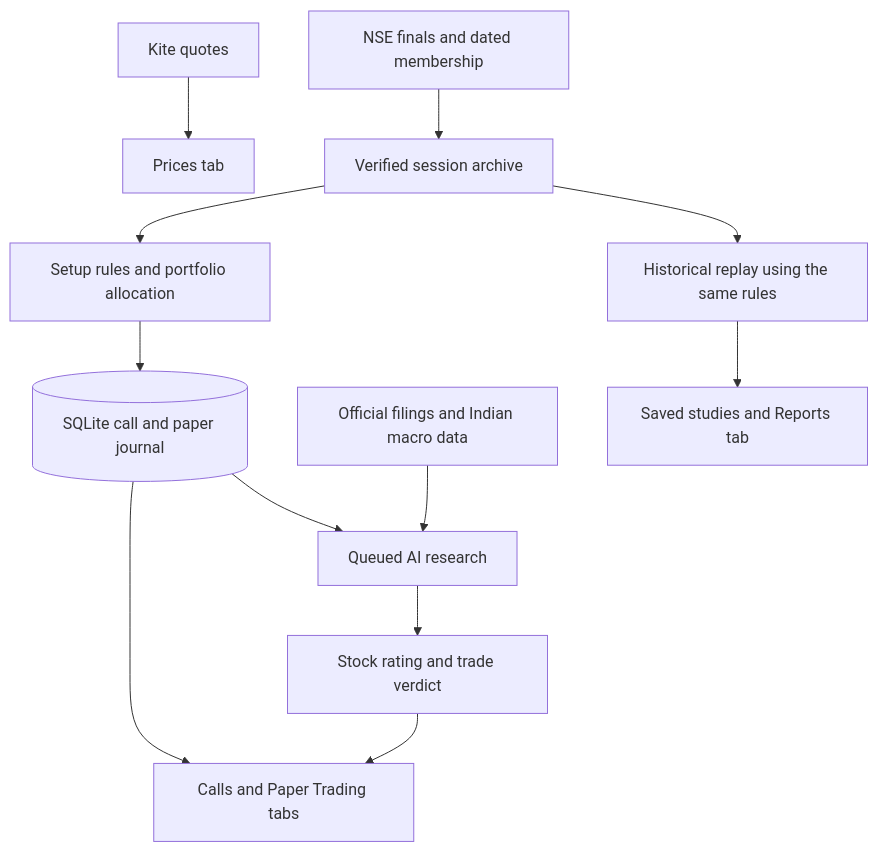
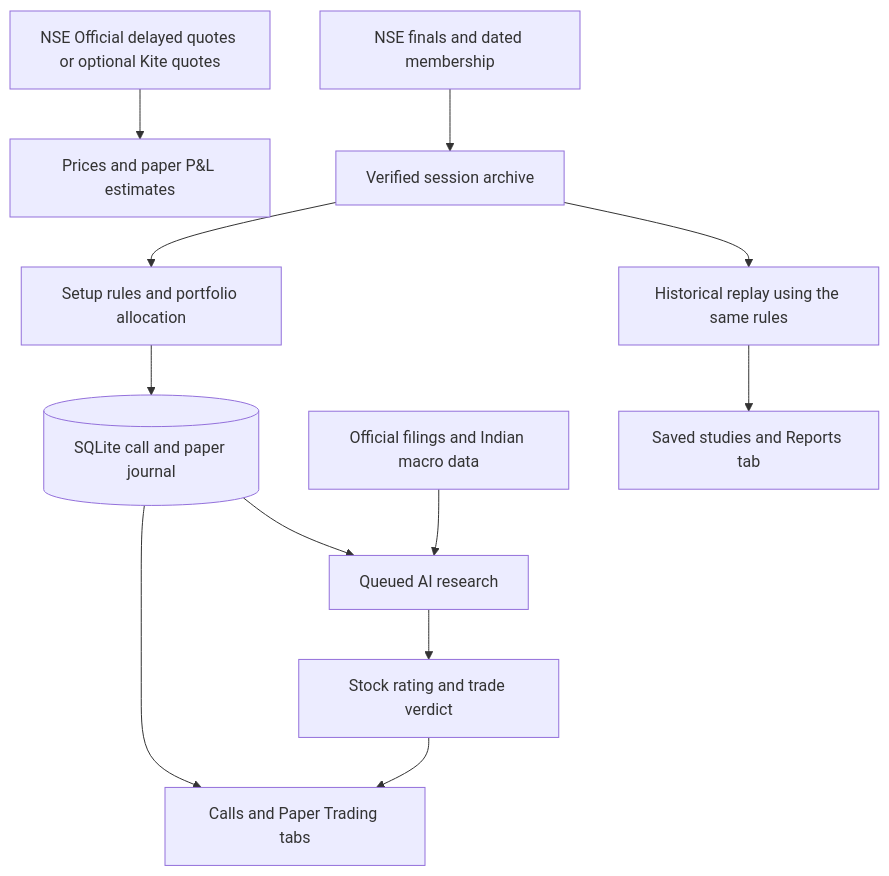
Before and after one commit to prakx1/ThesisTally: the first of 14 diagrams in docs/current-design.md, drawn with Mermaid. The commit also changed other lines of this file and 15 other files, not shown here.

Commit message:
Default terminal prices and paper estimates to the official NSE feed

````diff
--- a/docs/current-design.md
+++ b/docs/current-design.md
@@ -9,14 +9,14 @@
 ```mermaid
 flowchart TB
-    Q["Kite quotes"] --> P["Prices tab"]
+    Q["NSE Official delayed quotes or optional Kite quotes"] --> P["Prices and paper P&L estimates"]
     E["NSE finals and dated membership"] --> A["Verified session archive"]
     A --> D["Setup rules and portfolio allocation"]
     D --> J[("SQLite call and paper journal")]
     J --> T["Calls and Paper Trading tabs"]
     J --> W["Queued AI research"]
     F["Official filings and Indian macro data"] --> W
     W --> V["Stock rating and trade verdict"]
     V --> T
     A --> H["Historical replay using the same rules"]
     H --> R["Saved studies and Reports tab"]
 ```
````
